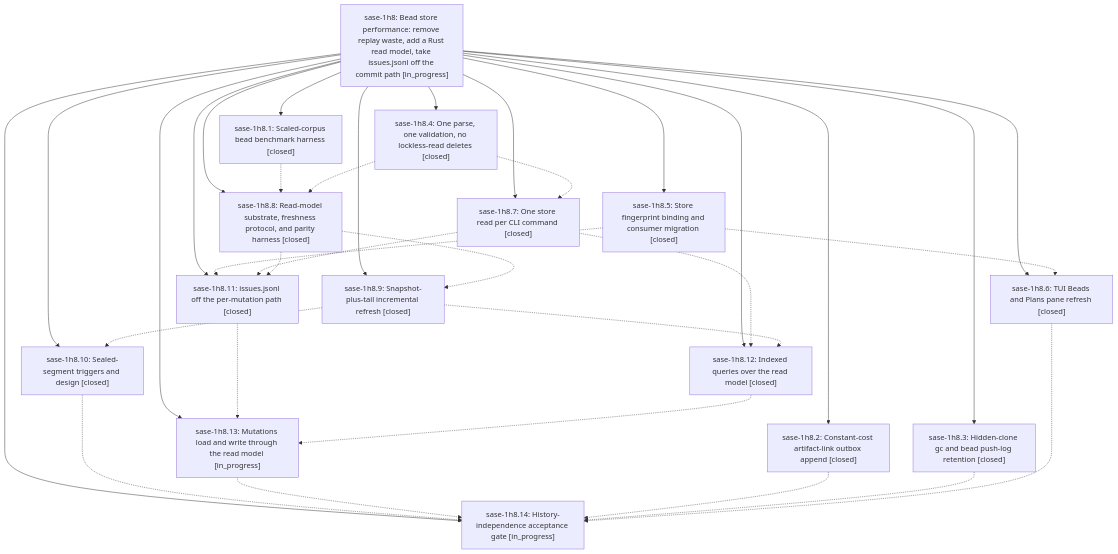
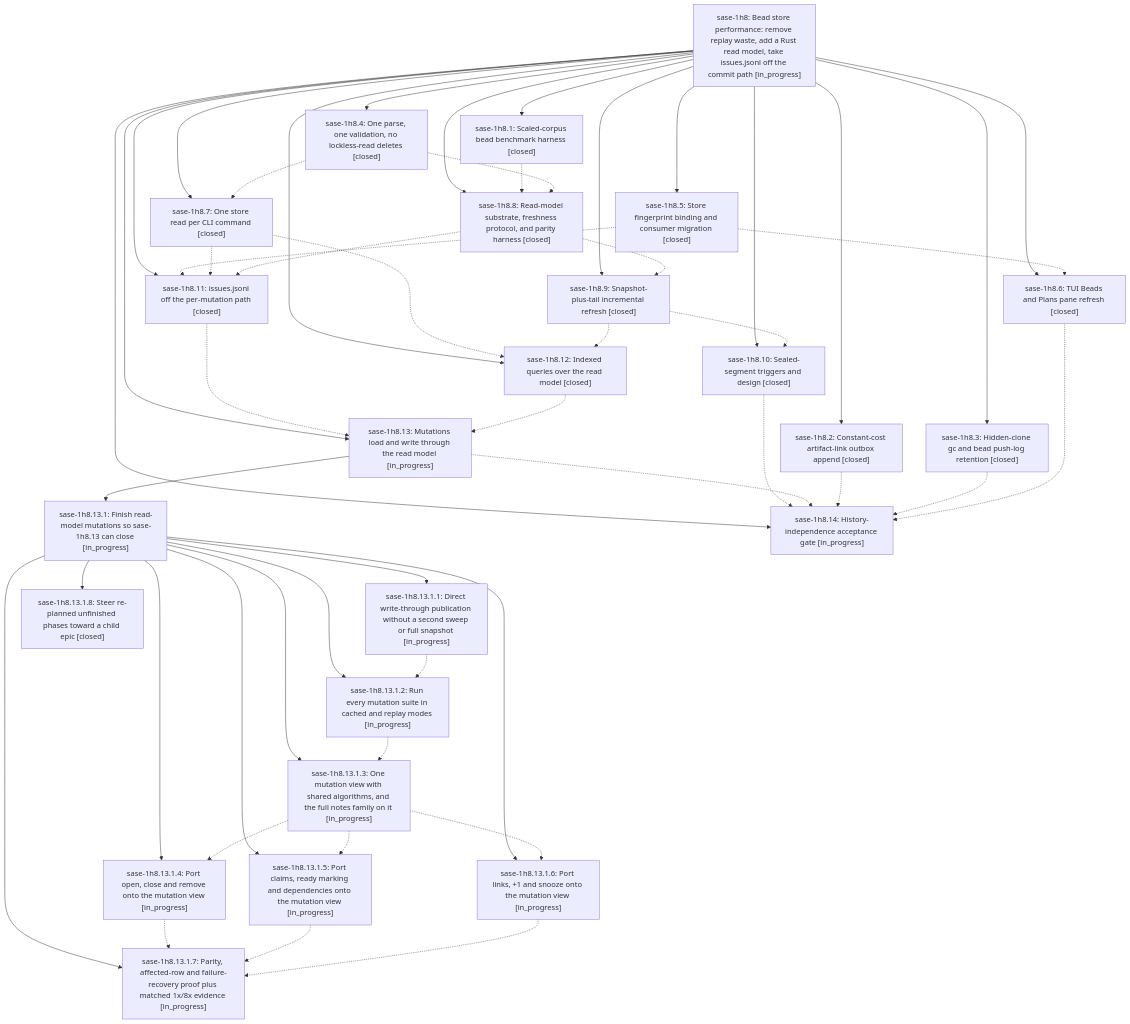
One commit to sase-org/sase--beads changed the diagram in pages/sase-1h8/README.md. Above: the diagram before and after it, drawn with Mermaid. The commit also changed other lines of this file and 9 other files, not shown here.

First line of the commit message:
chore(beads): sync bead state and pages for sase-1h8

````diff
--- a/pages/sase-1h8/README.md
+++ b/pages/sase-1h8/README.md
@@ -59,50 +61,76 @@
 ```mermaid
 flowchart TD
     n0["sase-1h8: Bead store performance: remove replay waste, add a Rust read model, take issues.jsonl off the commit path [in_progress]"]
     n1["sase-1h8.1: Scaled-corpus bead benchmark harness [closed]"]
     n2["sase-1h8.10: Sealed-segment triggers and design [closed]"]
     n3["sase-1h8.11: issues.jsonl off the per-mutation path [closed]"]
     n4["sase-1h8.12: Indexed queries over the read model [closed]"]
     n5["sase-1h8.13: Mutations load and write through the read model [in_progress]"]
-    n6["sase-1h8.14: History-independence acceptance gate [in_progress]"]
-    n7["sase-1h8.2: Constant-cost artifact-link outbox append [closed]"]
-    n8["sase-1h8.3: Hidden-clone gc and bead push-log retention [closed]"]
-    n9["sase-1h8.4: One parse, one validation, no lockless-read deletes [closed]"]
-    n10["sase-1h8.5: Store fingerprint binding and consumer migration [closed]"]
-    n11["sase-1h8.6: TUI Beads and Plans pane refresh [closed]"]
-    n12["sase-1h8.7: One store read per CLI command [closed]"]
-    n13["sase-1h8.8: Read-model substrate, freshness protocol, and parity harness [closed]"]
-    n14["sase-1h8.9: Snapshot-plus-tail incremental refresh [closed]"]
+    n6["sase-1h8.13.1: Finish read-model mutations so sase-1h8.13 can close [in_progress]"]
+    n7["sase-1h8.13.1.1: Direct write-through publication without a second sweep or full snapshot [in_progress]"]
+    n8["sase-1h8.13.1.2: Run every mutation suite in cached and replay modes [in_progress]"]
+    n9["sase-1h8.13.1.3: One mutation view with shared algorithms, and the full notes family on it [in_progress]"]
+    n10["sase-1h8.13.1.4: Port open, close and remove onto the mutation view [in_progress]"]
+    n11["sase-1h8.13.1.5: Port claims, ready marking and dependencies onto the mutation view [in_progress]"]
+    n12["sase-1h8.13.1.6: Port links, +1 and snooze onto the mutation view [in_progress]"]
+    n13["sase-1h8.13.1.7: Parity, affected-row and failure-recovery proof plus matched 1x/8x evidence [in_progress]"]
+    n14["sase-1h8.13.1.8: Steer re-planned unfinished phases toward a child epic [closed]"]
+    n15["sase-1h8.14: History-independence acceptance gate [in_progress]"]
+    n16["sase-1h8.2: Constant-cost artifact-link outbox append [closed]"]
+    n17["sase-1h8.3: Hidden-clone gc and bead push-log retention [closed]"]
+    n18["sase-1h8.4: One parse, one validation, no lockless-read deletes [closed]"]
+    n19["sase-1h8.5: Store fingerprint binding and consumer migration [closed]"]
+    n20["sase-1h8.6: TUI Beads and Plans pane refresh [closed]"]
+    n21["sase-1h8.7: One store read per CLI command [closed]"]
+    n22["sase-1h8.8: Read-model substrate, freshness protocol, and parity harness [closed]"]
+    n23["sase-1h8.9: Snapshot-plus-tail incremental refresh [closed]"]
     n0 --> n1
     n0 --> n2
     n0 --> n3
     n0 --> n4
     n0 --> n5
-    n0 --> n6
-    n0 --> n7
-    n0 --> n8
-    n0 --> n9
-    n0 --> n10
-    n0 --> n11
-    n0 --> n12
-    n0 --> n13
-    n0 --> n14
-    n1 -.-> n13
-    n2 -.-> n6
+    n5 --> n6
+    n6 --> n7
+    n6 --> n8
+    n6 --> n9
+    n6 --> n10
+    n6 --> n11
+    n6 --> n12
+    n6 --> n13
+    n6 --> n14
+    n0 --> n15
+    n0 --> n16
+    n0 --> n17
+    n0 --> n18
+    n0 --> n19
+    n0 --> n20
+    n0 --> n21
+    n0 --> n22
+    n0 --> n23
+    n1 -.-> n22
+    n2 -.-> n15
     n3 -.-> n5
     n4 -.-> n5
-    n5 -.-> n6
-    n7 -.-> n6
-    n8 -.-> n6
+    n5 -.-> n15
+    n7 -.-> n8
+    n8 -.-> n9
+    n9 -.-> n10
+    n9 -.-> n11
     n9 -.-> n12
-    n9 -.-> n13
-    n10 -.-> n3
-    n10 -.-> n11
-    n11 -.-> n6
-    n12 -.-> n3
-    n12 -.-> n4
-    n13 -.-> n3
-    n13 -.-> n14
-    n14 -.-> n2
-    n14 -.-> n4
+    n10 -.-> n13
+    n11 -.-> n13
+    n12 -.-> n13
+    n16 -.-> n15
+    n17 -.-> n15
+    n18 -.-> n21
+    n18 -.-> n22
+    n19 -.-> n3
+    n19 -.-> n20
+    n20 -.-> n15
+    n21 -.-> n3
+    n21 -.-> n4
+    n22 -.-> n3
+    n22 -.-> n23
+    n23 -.-> n2
+    n23 -.-> n4
 ```
````
